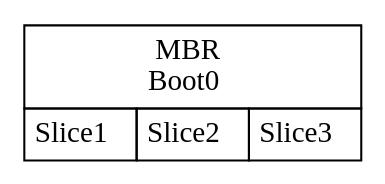
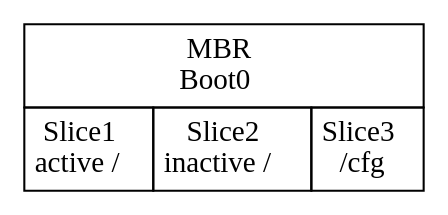
One commit to omussell/homelab changed the diagram in pic/disklayout.gv. Above: the diagram before and after it, drawn with Graphviz. The commit also changed 1 other file, not shown here.

```diff
--- a/pic/disklayout.gv
+++ b/pic/disklayout.gv
@@ -1,13 +1,13 @@
 digraph disklayout {
 	abc [shape=none, margin=0, label=<
 	<TABLE BORDER="0" CELLBORDER="1" CELLSPACING="0" CELLPADDING="4">
 		<TR>
 			<TD COLSPAN="6">MBR<BR/>Boot0</TD>
 		</TR>
 		<TR>
-			<TD ROWSPAN="2">Slice1</TD>
-			<TD ROWSPAN="2">Slice2</TD>
-			<TD ROWSPAN="2">Slice3</TD>
+			<TD ROWSPAN="2">Slice1<BR/>active /</TD>
+			<TD ROWSPAN="2">Slice2<BR/>inactive /</TD>
+			<TD ROWSPAN="2">Slice3<BR/>/cfg</TD>
 		</TR>
 	</TABLE>>];
 }
```
